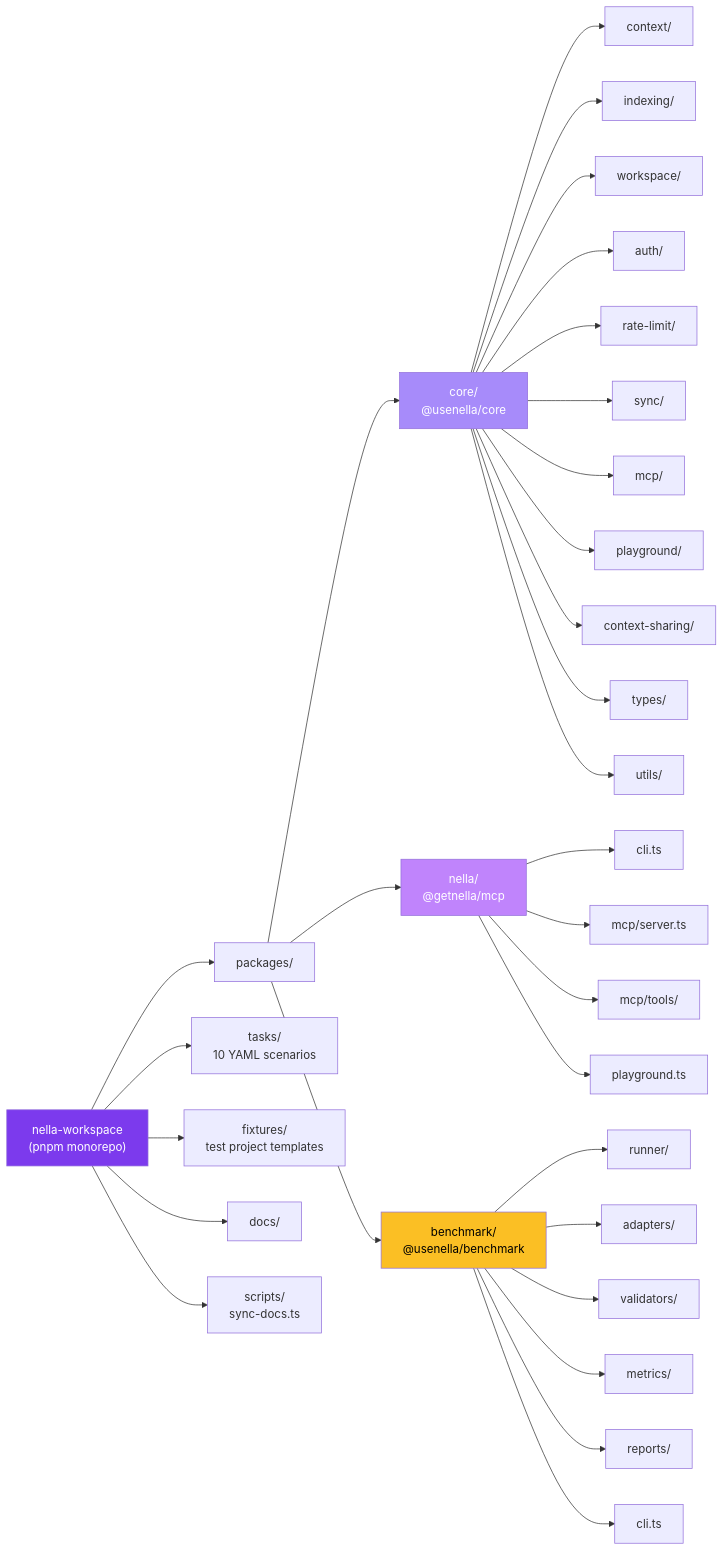
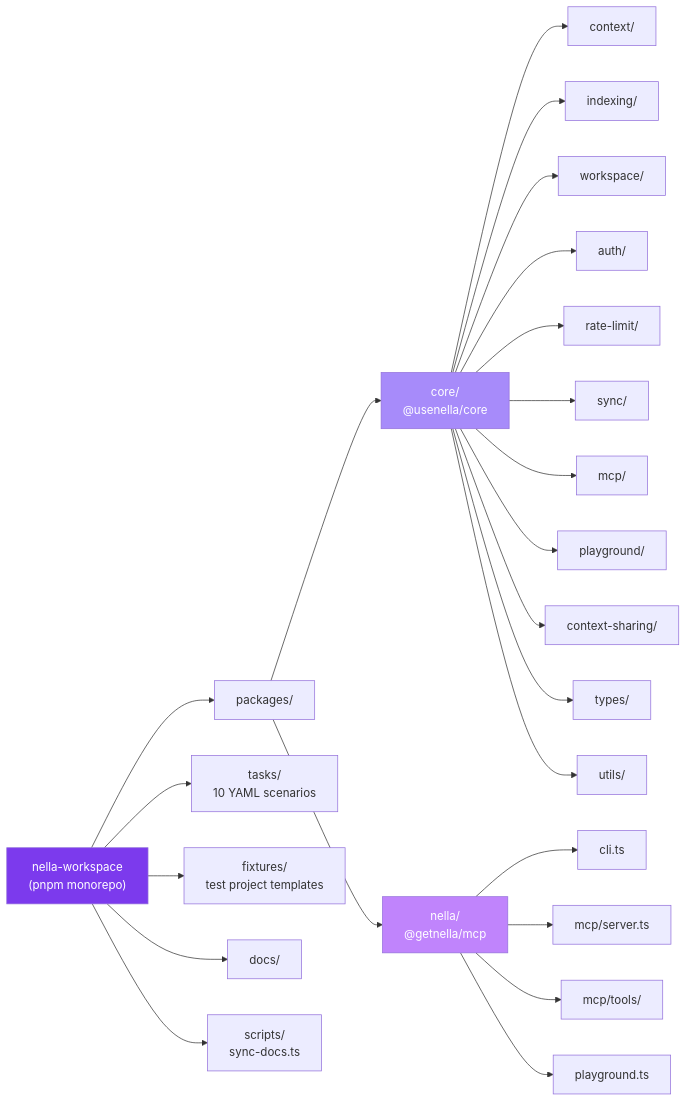
The second of 22 diagrams in docs/architecture.md (nella-labs/nella), drawn with Mermaid before and after one commit. The commit also changed other lines of this file and 13 other files, not shown here.

````diff
--- a/docs/architecture.md
+++ b/docs/architecture.md
@@ -72,43 +60,33 @@
 ```mermaid
 graph LR
     Root["nella-workspace<br/>(pnpm monorepo)"]
 
     Root --> Packages["packages/"]
     Root --> Tasks["tasks/<br/>10 YAML scenarios"]
     Root --> Fixtures["fixtures/<br/>test project templates"]
     Root --> Docs["docs/"]
     Root --> Scripts["scripts/<br/>sync-docs.ts"]
 
     Packages --> Core["core/<br/>@usenella/core"]
     Packages --> Nella["nella/<br/>@getnella/mcp"]
-    Packages --> Benchmark["benchmark/<br/>@usenella/benchmark"]
-
     Core --> C_Context["context/"]
     Core --> C_Indexing["indexing/"]
     Core --> C_Workspace["workspace/"]
     Core --> C_Auth["auth/"]
     Core --> C_RateLimit["rate-limit/"]
     Core --> C_Sync["sync/"]
     Core --> C_MCP["mcp/"]
     Core --> C_Playground["playground/"]
     Core --> C_CtxShare["context-sharing/"]
     Core --> C_Types["types/"]
     Core --> C_Utils["utils/"]
 
     Nella --> N_CLI["cli.ts"]
     Nella --> N_MCP["mcp/server.ts"]
     Nella --> N_Tools["mcp/tools/"]
     Nella --> N_Play["playground.ts"]
 
-    Benchmark --> B_Runner["runner/"]
-    Benchmark --> B_Adapters["adapters/"]
-    Benchmark --> B_Validators["validators/"]
-    Benchmark --> B_Metrics["metrics/"]
-    Benchmark --> B_Reports["reports/"]
-    Benchmark --> B_CLI["cli.ts"]
-
     style Root fill:#7c3aed,color:#fff
     style Core fill:#a78bfa,color:#fff
     style Nella fill:#c084fc,color:#fff
-    style Benchmark fill:#fbbf24,color:#000
 ```
````
